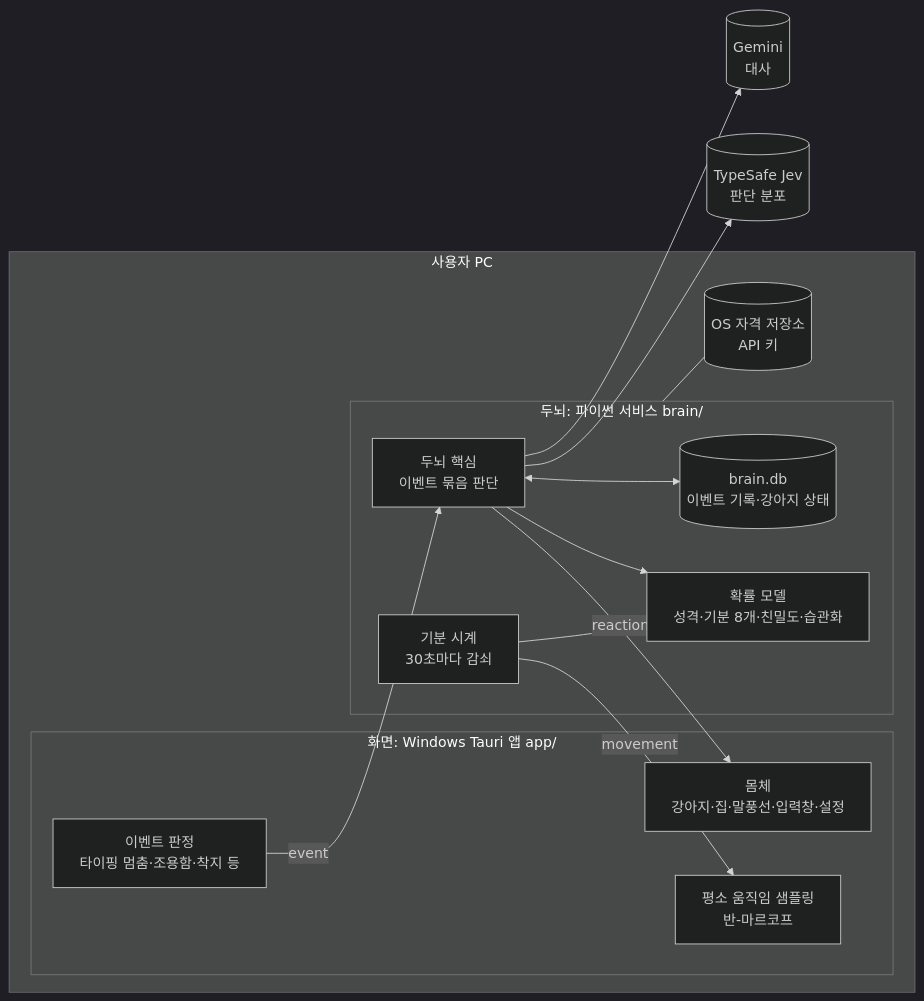
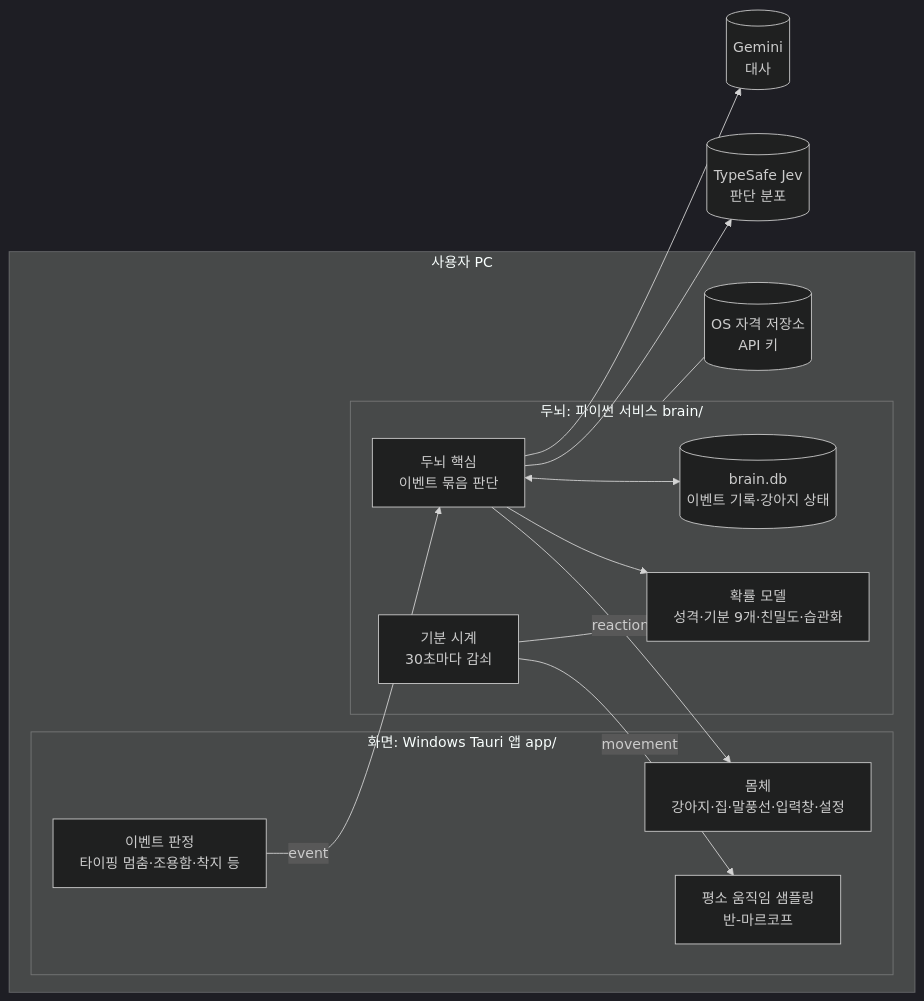
Before and after one commit to HEOSEONGILml/AssistantChatBot: the first of 5 diagrams in ARCHITECTURE.md, drawn with Mermaid (dark theme). The commit also changed other lines of this file and 19 other files, not shown here.

````diff
--- a/ARCHITECTURE.md
+++ b/ARCHITECTURE.md
@@ -9,29 +9,29 @@
 ```mermaid
 flowchart LR
   subgraph PC[사용자 PC]
     subgraph SCR[화면: Windows Tauri 앱 app/]
       BODY[몸체<br>강아지·집·말풍선·입력창·설정]
       EVT[이벤트 판정<br>타이핑 멈춤·조용함·착지 등]
       MOV[평소 움직임 샘플링<br>반-마르코프]
     end
     subgraph BR[두뇌: 파이썬 서비스 brain/]
       CORE[두뇌 핵심<br>이벤트 묶음 판단]
-      MODEL[확률 모델<br>성격·기분 8개·친밀도·습관화]
+      MODEL[확률 모델<br>성격·기분 9개·친밀도·습관화]
       CLK[기분 시계<br>30초마다 감쇠]
       STORE[(brain.db<br>이벤트 기록·강아지 상태)]
     end
     KEYS[(OS 자격 저장소<br>API 키)]
   end
   JEV[(TypeSafe Jev<br>판단 분포)]
   GEM[(Gemini<br>대사)]
 
   EVT -- event --> CORE
   CORE -- reaction --> BODY
   CLK -- movement --> MOV
   CORE --> MODEL
   CLK --> MODEL
   CORE <--> STORE
   CORE --> JEV
   CORE --> GEM
   BR --- KEYS
 ```
````
